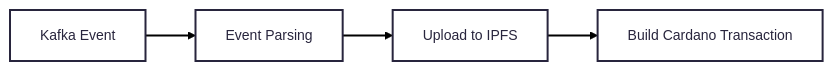
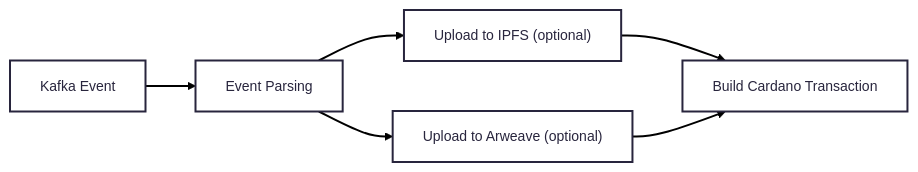
Before and after one commit to Kammerlo/reeve-ipfs-demo: the diagram in README.md, drawn with Mermaid. The commit also changed other lines of this file and 18 other files, not shown here.

````diff
--- a/README.md
+++ b/README.md
@@ -16,10 +17,12 @@
 ```mermaid
 ---
 config:
   theme: redux
 ---
 flowchart LR
     n1["Kafka Event"] --> n2["Event Parsing"]
-    n2 --> n3["Upload to IPFS"]
-    n3 --> n4["Build Cardano Transaction"]
+    n2 --> n3["Upload to IPFS (optional)"]
+    n2 --> n4["Upload to Arweave (optional)"]
+    n3 --> n5["Build Cardano Transaction"]
+    n4 --> n5
 ```
````
